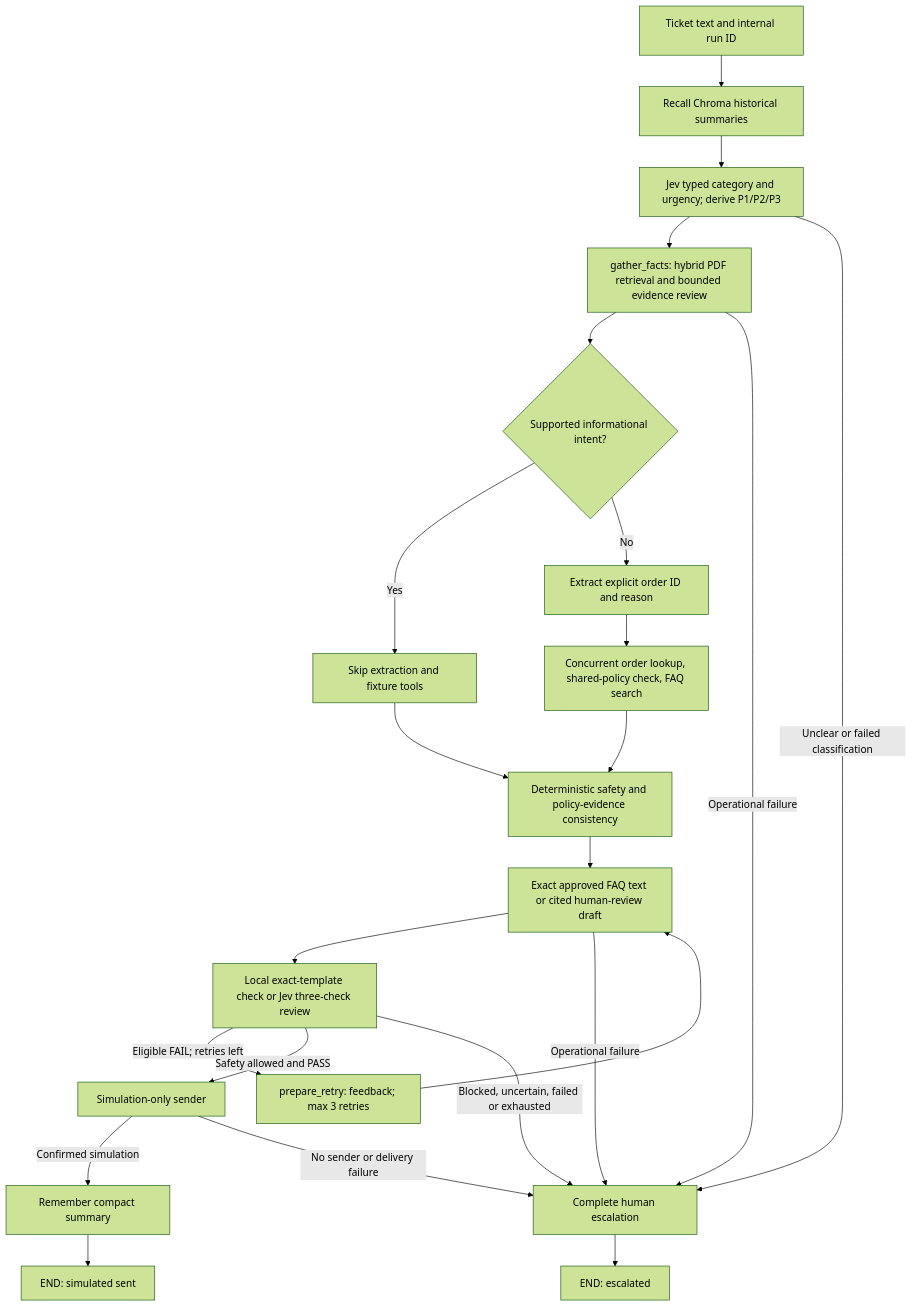
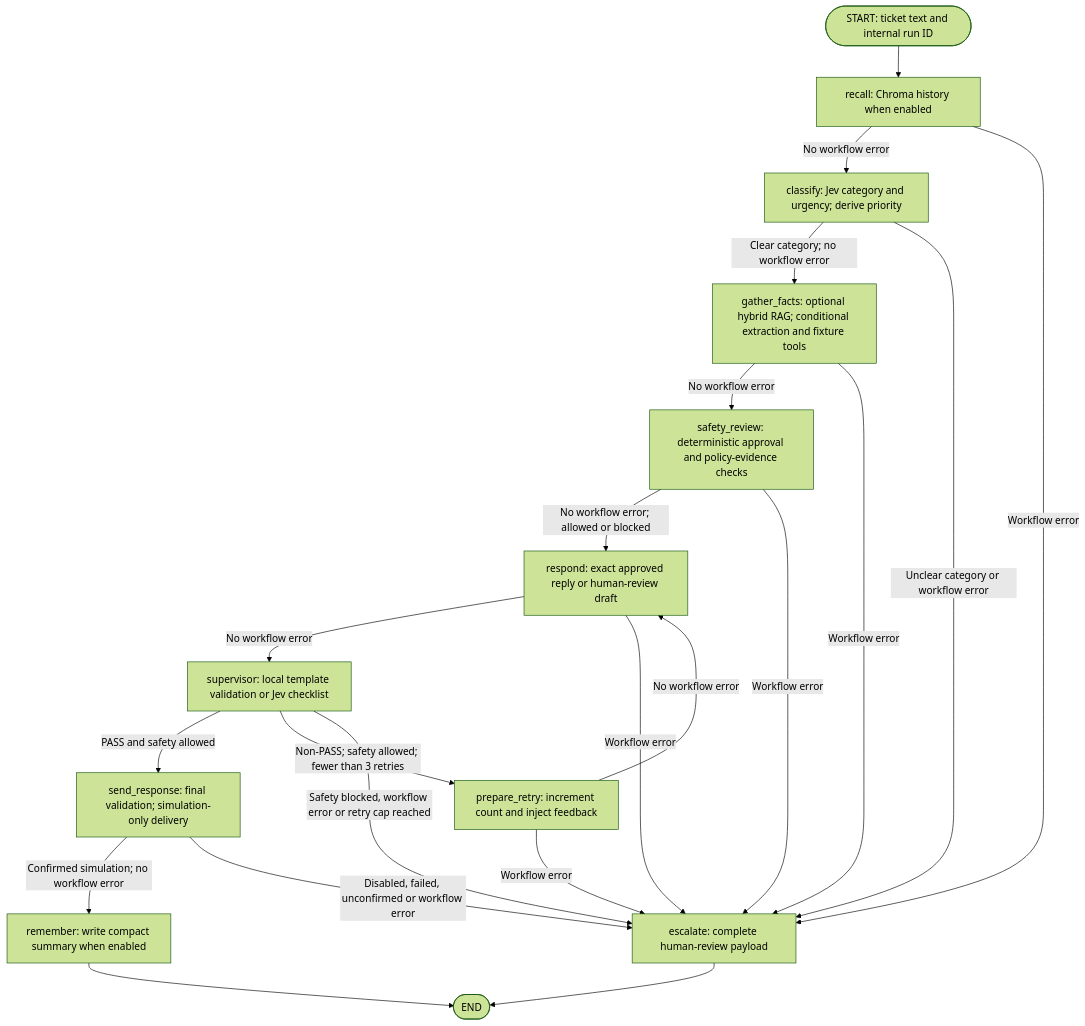
Before and after one commit to brajeshkumar7/Customer-support-ticket-triage-and-draft-response-agent: the first of 2 diagrams in docs/architecture.md, drawn with Mermaid (forest theme). The commit also changed other lines of this file, not shown here.

Commit message:
docs: align architecture diagram with current graph
- Use actual node names and include missing error routes
- Clarify bounded retries, conditional tools and dispatch modes
- Document simulated delivery and escalation terminal paths

````diff
--- a/docs/architecture.md
+++ b/docs/architecture.md
@@ -9,25 +9,23 @@
 ```mermaid
 flowchart TD
-    A[Ticket text and internal run ID] --> B[Recall Chroma historical summaries]
-    B --> C[Jev typed category and urgency; derive P1/P2/P3]
-    C --> D[gather_facts: hybrid PDF retrieval and bounded evidence review]
-    D --> E{Supported informational intent?}
-    E -->|Yes| F[Skip extraction and fixture tools]
-    E -->|No| G[Extract explicit order ID and reason]
-    G --> H[Concurrent order lookup, shared-policy check, FAQ search]
-    H --> I[Deterministic safety and policy-evidence consistency]
-    F --> I
-    I --> J[Exact approved FAQ text or cited human-review draft]
-    J --> K[Local exact-template check or Jev three-check review]
-    K -->|Eligible FAIL; retries left| R[prepare_retry: feedback; max 3 retries]
-    R --> J
-    K -->|Safety allowed and PASS| S[Simulation-only sender]
-    S -->|Confirmed simulation| M[Remember compact summary]
-    M --> END1[END: simulated sent]
-    K -->|Blocked, uncertain, failed or exhausted| X[Complete human escalation]
-    S -->|No sender or delivery failure| X
-    C -->|Unclear or failed classification| X
-    D -->|Operational failure| X
-    J -->|Operational failure| X
-    X --> END2[END: escalated]
+    START([START: ticket text and internal run ID]) --> recall["recall: Chroma history when enabled"]
+    recall -->|No workflow error| classify["classify: Jev category and urgency; derive priority"]
+    recall -->|Workflow error| escalate["escalate: complete human-review payload"]
+    classify -->|Clear category; no workflow error| gather_facts["gather_facts: optional hybrid RAG; conditional extraction and fixture tools"]
+    classify -->|Unclear category or workflow error| escalate
+    gather_facts -->|No workflow error| safety_review["safety_review: deterministic approval and policy-evidence checks"]
+    gather_facts -->|Workflow error| escalate
+    safety_review -->|No workflow error; allowed or blocked| respond["respond: exact approved reply or human-review draft"]
+    safety_review -->|Workflow error| escalate
+    respond -->|No workflow error| supervisor["supervisor: local template validation or Jev checklist"]
+    respond -->|Workflow error| escalate
+    supervisor -->|PASS and safety allowed| send_response["send_response: final validation; simulation-only delivery"]
+    supervisor -->|Non-PASS; safety allowed; fewer than 3 retries| prepare_retry["prepare_retry: increment count and inject feedback"]
+    supervisor -->|Safety blocked, workflow error or retry cap reached| escalate
+    prepare_retry -->|No workflow error| respond
+    prepare_retry -->|Workflow error| escalate
+    send_response -->|Confirmed simulation; no workflow error| remember["remember: write compact summary when enabled"]
+    send_response -->|Disabled, failed, unconfirmed or workflow error| escalate
+    remember --> END([END])
+    escalate --> END
 ```
````
